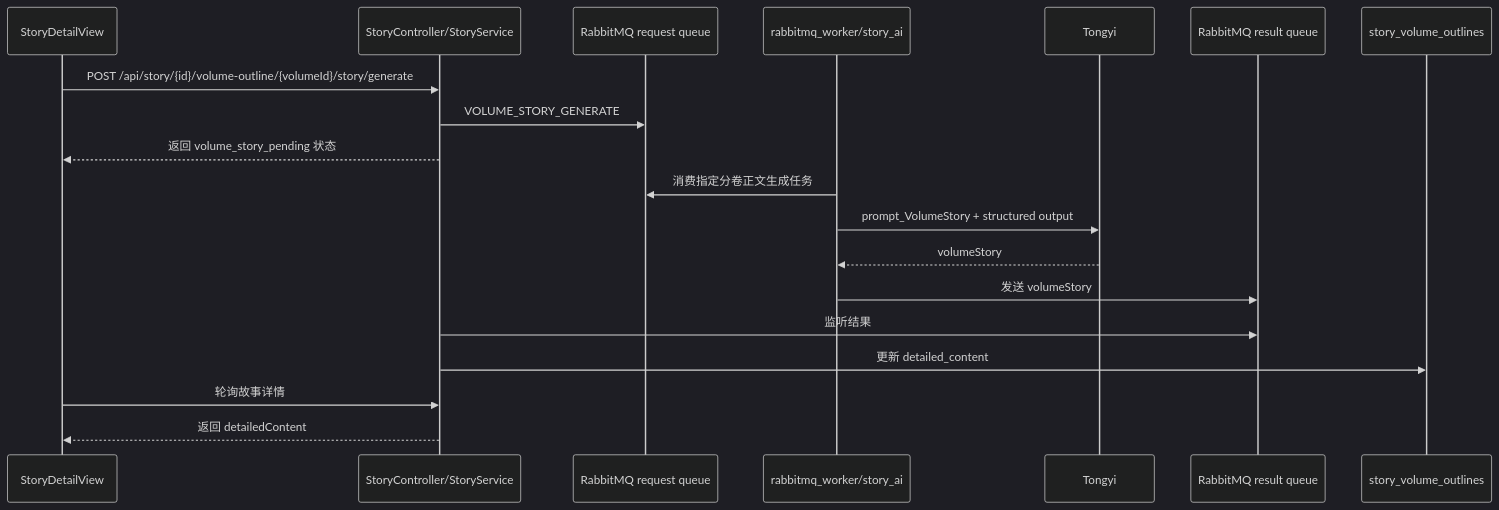
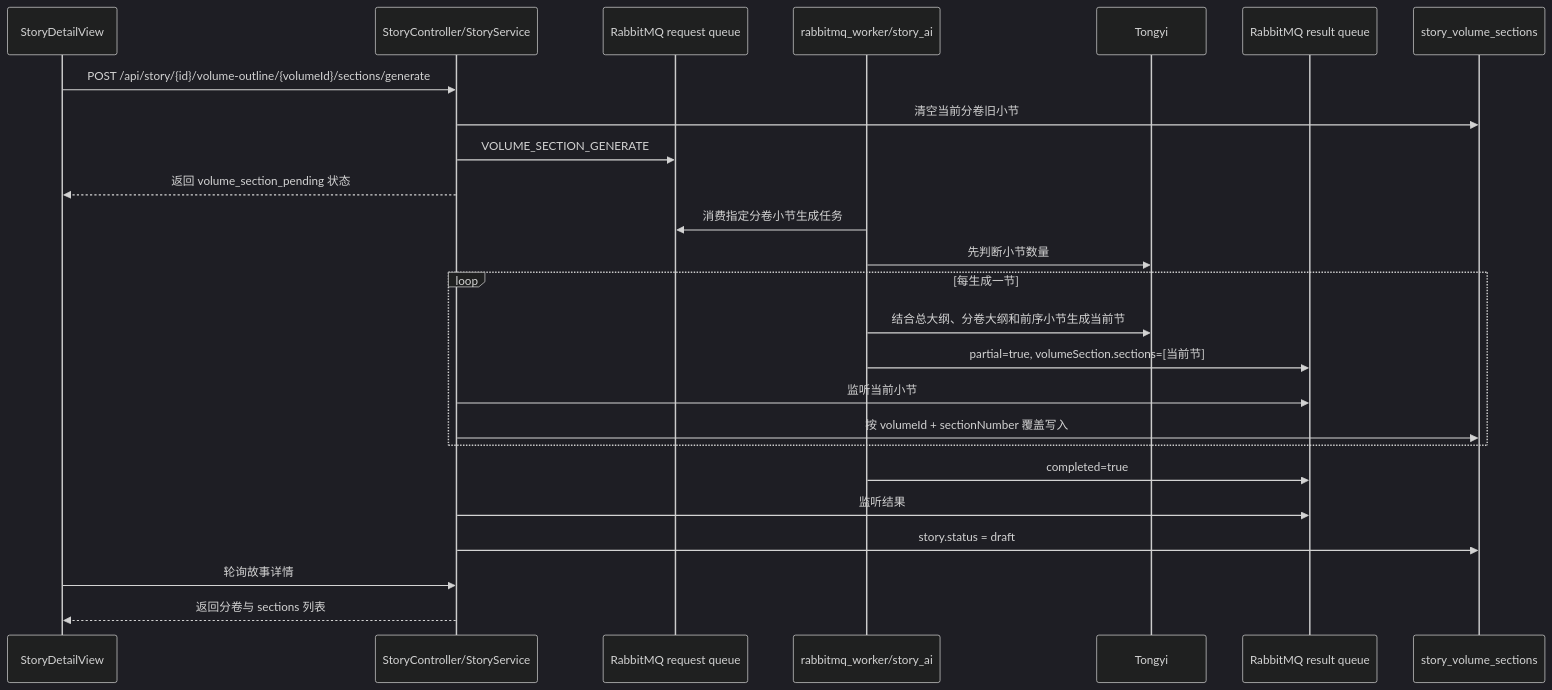
One commit to zhy13339561489-crypto/aisay changed diagram 24 of 24 in architecture.md. Above: the diagram before and after it, drawn with Mermaid (dark theme). The commit also changed other lines of this file and 21 other files, not shown here.

````diff
--- a/architecture.md
+++ b/architecture.md
@@ -1016,22 +1016,28 @@
 ```mermaid
 sequenceDiagram
     participant View as StoryDetailView
     participant Java as StoryController/StoryService
     participant RequestQ as RabbitMQ request queue
     participant Python as rabbitmq_worker/story_ai
     participant LLM as Tongyi
     participant ResultQ as RabbitMQ result queue
-    participant DB as story_volume_outlines
+    participant DB as story_volume_sections
 
-    View->>Java: POST /api/story/{id}/volume-outline/{volumeId}/story/generate
-    Java->>RequestQ: VOLUME_STORY_GENERATE
-    Java-->>View: 返回 volume_story_pending 状态
-    Python->>RequestQ: 消费指定分卷正文生成任务
-    Python->>LLM: prompt_VolumeStory + structured output
-    LLM-->>Python: volumeStory
-    Python->>ResultQ: 发送 volumeStory
+    View->>Java: POST /api/story/{id}/volume-outline/{volumeId}/sections/generate
+    Java->>DB: 清空当前分卷旧小节
+    Java->>RequestQ: VOLUME_SECTION_GENERATE
+    Java-->>View: 返回 volume_section_pending 状态
+    Python->>RequestQ: 消费指定分卷小节生成任务
+    Python->>LLM: 先判断小节数量
+    loop 每生成一节
+        Python->>LLM: 结合总大纲、分卷大纲和前序小节生成当前节
+        Python->>ResultQ: partial=true, volumeSection.sections=[当前节]
+        Java->>ResultQ: 监听当前小节
+        Java->>DB: 按 volumeId + sectionNumber 覆盖写入
+    end
+    Python->>ResultQ: completed=true
     Java->>ResultQ: 监听结果
-    Java->>DB: 更新 detailed_content
+    Java->>DB: story.status = draft
     View->>Java: 轮询故事详情
-    Java-->>View: 返回 detailedContent
+    Java-->>View: 返回分卷与 sections 列表
 ```
````
